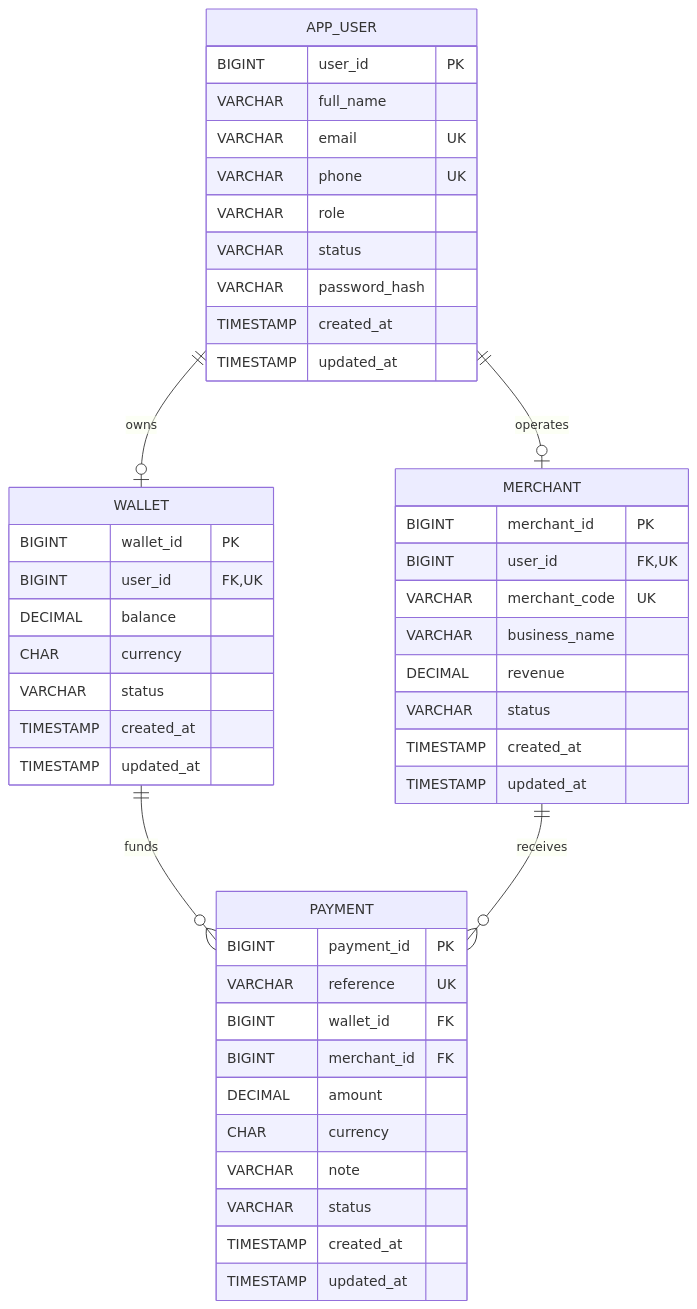
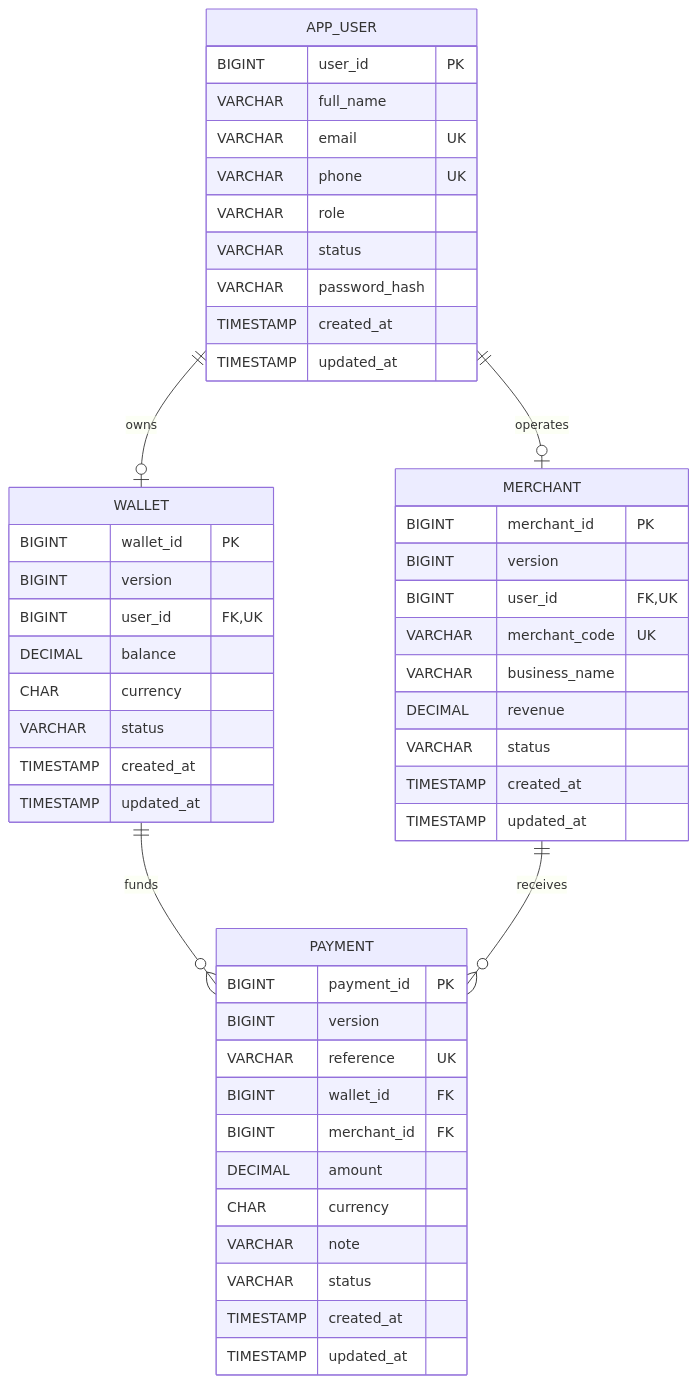
One commit to pac-cee/TapWallet-springboot-AIC changed the second of 11 diagrams in docs/PROJECT_REPORT.md. Above: the diagram before and after it, drawn with Mermaid. The commit also changed other lines of this file and 52 other files, not shown here.

````diff
--- a/docs/PROJECT_REPORT.md
+++ b/docs/PROJECT_REPORT.md
@@ -212,49 +227,52 @@
 ```mermaid
 erDiagram
   APP_USER {
     BIGINT user_id PK
     VARCHAR full_name
     VARCHAR email UK
     VARCHAR phone UK
     VARCHAR role
     VARCHAR status
     VARCHAR password_hash
     TIMESTAMP created_at
     TIMESTAMP updated_at
   }
   WALLET {
     BIGINT wallet_id PK
+    BIGINT version
     BIGINT user_id FK,UK
     DECIMAL balance
     CHAR currency
     VARCHAR status
     TIMESTAMP created_at
     TIMESTAMP updated_at
   }
   MERCHANT {
     BIGINT merchant_id PK
+    BIGINT version
     BIGINT user_id FK,UK
     VARCHAR merchant_code UK
     VARCHAR business_name
     DECIMAL revenue
     VARCHAR status
     TIMESTAMP created_at
     TIMESTAMP updated_at
   }
   PAYMENT {
     BIGINT payment_id PK
+    BIGINT version
     VARCHAR reference UK
     BIGINT wallet_id FK
     BIGINT merchant_id FK
     DECIMAL amount
     CHAR currency
     VARCHAR note
     VARCHAR status
     TIMESTAMP created_at
     TIMESTAMP updated_at
   }
   APP_USER ||--o| WALLET : owns
   APP_USER ||--o| MERCHANT : operates
   WALLET ||--o{ PAYMENT : funds
   MERCHANT ||--o{ PAYMENT : receives
 ```
````
